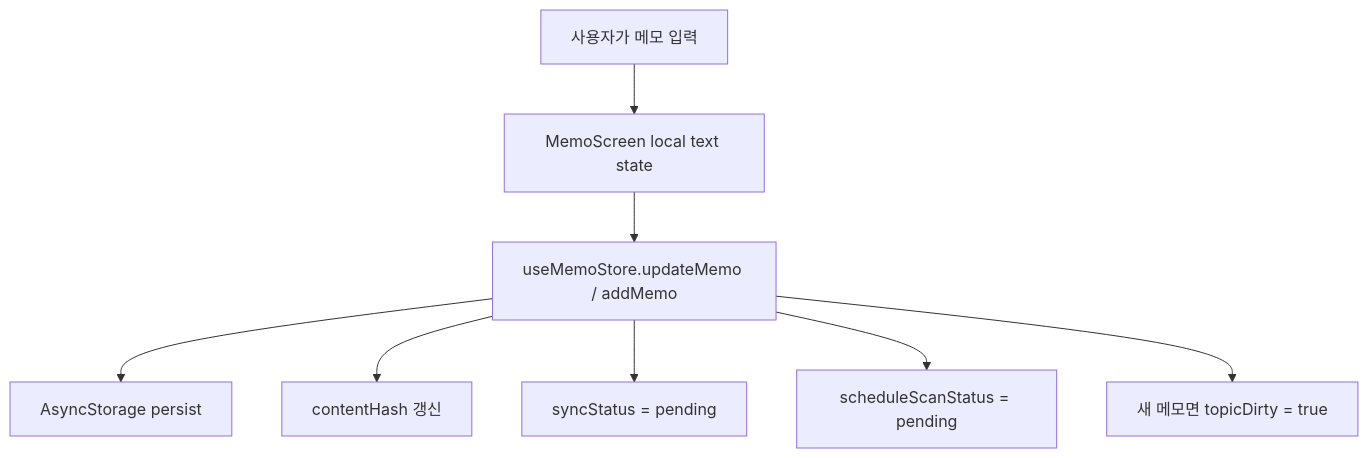
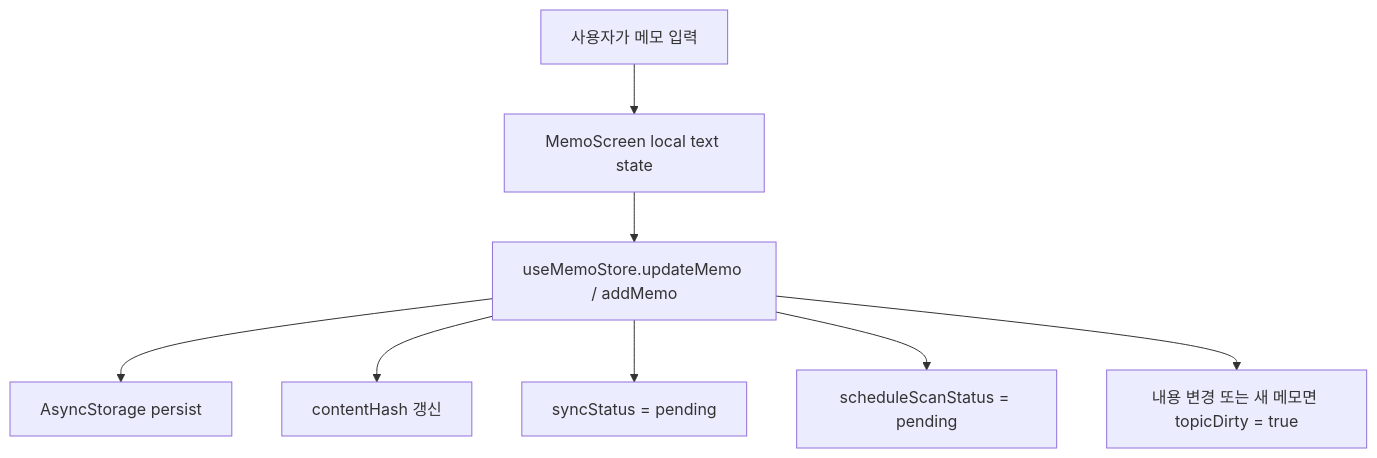
Before and after one commit to SUNGHOONOH/Subnota: the first of 12 diagrams in docs/flow.md, drawn with Mermaid. The commit also changed other lines of this file and 93 other files, not shown here.

````diff
--- a/docs/flow.md
+++ b/docs/flow.md
@@ -9,10 +9,10 @@
 ```mermaid
 flowchart TD
   A["사용자가 메모 입력"] --> B["MemoScreen local text state"]
   B --> C["useMemoStore.updateMemo / addMemo"]
   C --> D["AsyncStorage persist"]
   C --> E["contentHash 갱신"]
   C --> F["syncStatus = pending"]
   C --> G["scheduleScanStatus = pending"]
-  C --> H["새 메모면 topicDirty = true"]
+  C --> H["내용 변경 또는 새 메모면 topicDirty = true"]
 ```
````
